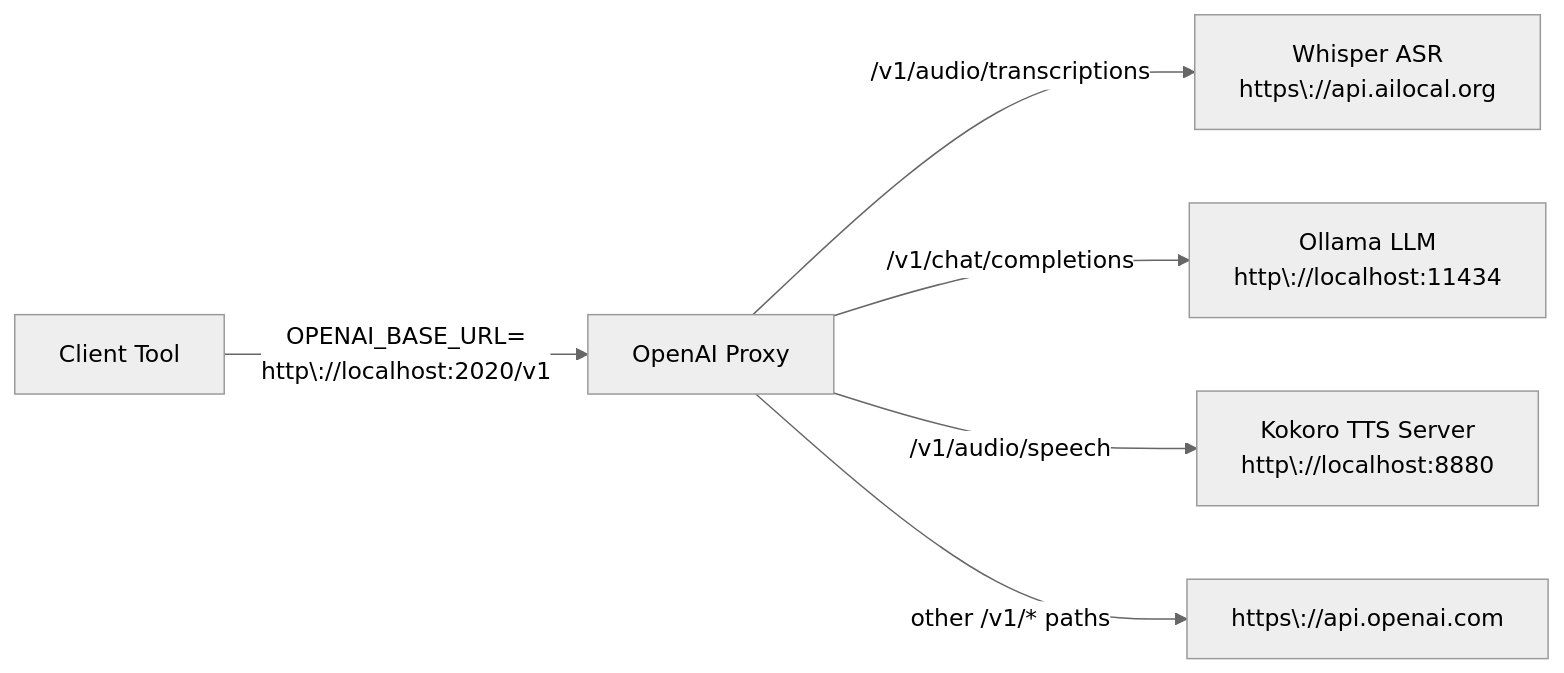
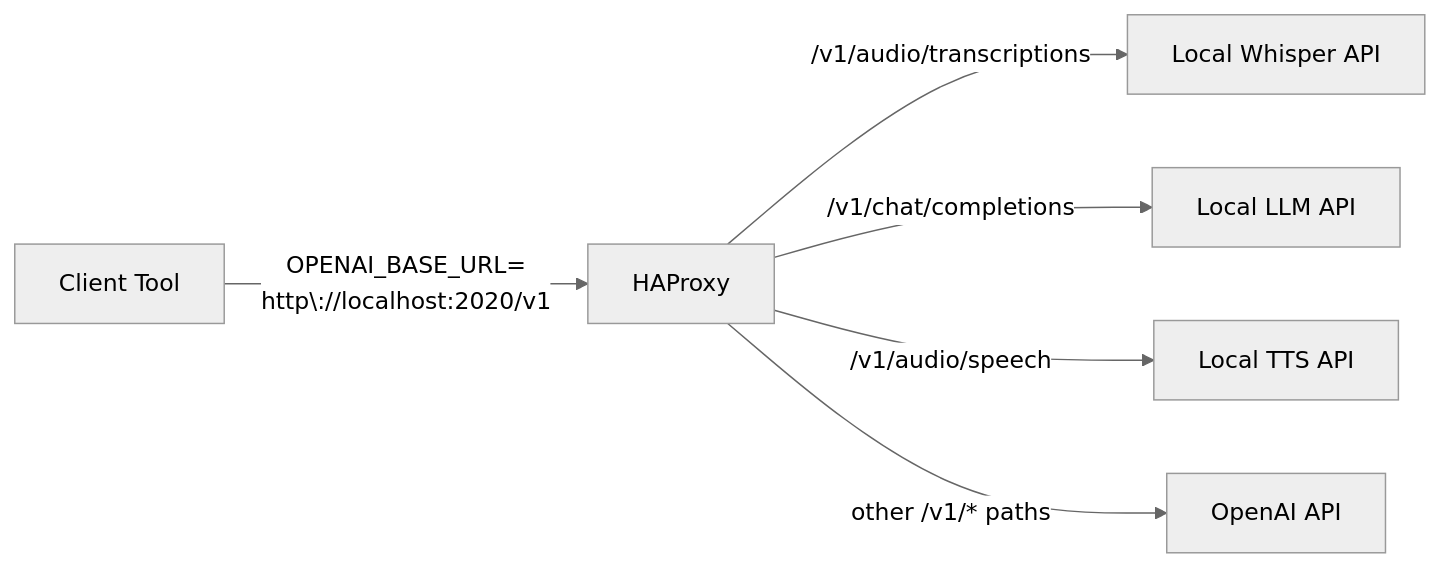
The diagram in docs/architecture.mmd (ailocal/openai-proxy), drawn with Mermaid (neutral theme) before and after one commit. The commit also changed 27 other files, not shown here.

```diff
--- a/docs/architecture.mmd
+++ b/docs/architecture.mmd
@@ -1,7 +1,7 @@
 graph LR
-    A["Client Tool"] -->|"OPENAI_BASE_URL=<br/>http\://localhost:2020/v1"| B["OpenAI Proxy"]
+    A["Client Tool"] -->|"OPENAI_BASE_URL=<br/>http\://localhost:2020/v1"| B["HAProxy"]
     
-    B -->|"/v1/audio/transcriptions"| C["Whisper ASR<br/>https\://api.ailocal.org"]
-    B -->|"/v1/chat/completions"| D["Ollama LLM<br/>http\://localhost:11434"]
-    B -->|"/v1/audio/speech"| E["Kokoro TTS Server<br/>http\://localhost:8880"]
-    B -->|"other /v1/* paths"| F["https\://api.openai.com"]
+    B -->|"/v1/audio/transcriptions"| C["Local Whisper API"]
+    B -->|"/v1/chat/completions"| D["Local LLM API"]
+    B -->|"/v1/audio/speech"| E["Local TTS API"]
+    B -->|"other /v1/* paths"| F["OpenAI API"]
```
